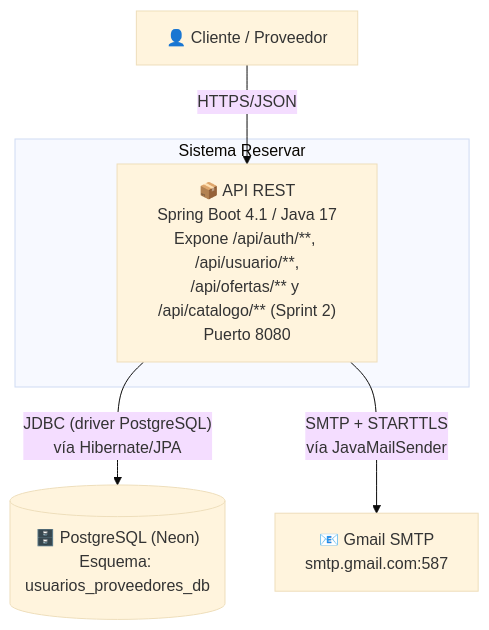
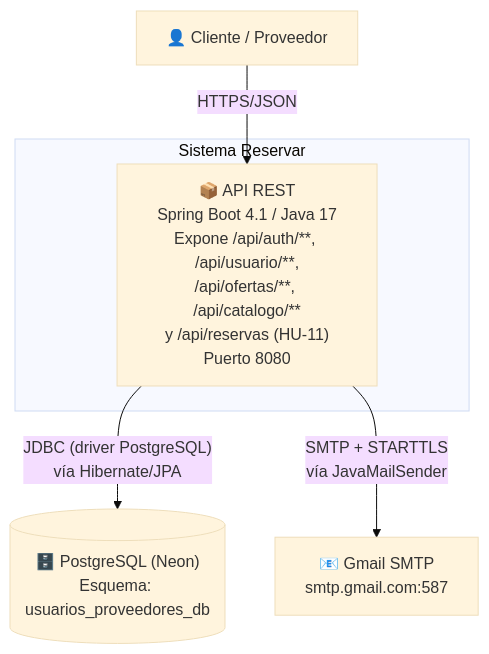
The second of 6 diagrams in README.md (FabricaEscuela20262-EAV09/FabricaEscuela202602_EAV09), drawn with Mermaid (base theme) before and after one commit. The commit also changed other lines of this file, not shown here.

````diff
--- a/README.md
+++ b/README.md
@@ -77,15 +82,15 @@
 ```mermaid
 graph TD
     Cliente["👤 Cliente / Proveedor"]
- 
+
     subgraph SistemaReservar["Sistema Reservar"]
-        API["📦 API REST<br/>Spring Boot 4.1 / Java 17<br/>Expone /api/auth/**, /api/usuario/**,<br/>/api/ofertas/** y /api/catalogo/** (Sprint 2)<br/>Puerto 8080"]
+        API["📦 API REST<br/>Spring Boot 4.1 / Java 17<br/>Expone /api/auth/**, /api/usuario/**,<br/>/api/ofertas/**, /api/catalogo/**<br/>y /api/reservas (HU-11)<br/>Puerto 8080"]
     end
- 
+
     BD[("🗄️ PostgreSQL (Neon)<br/>Esquema: usuarios_proveedores_db")]
     Correo["📧 Gmail SMTP<br/>smtp.gmail.com:587"]
- 
+
     Cliente -->|"HTTPS/JSON"| API
     API -->|"JDBC (driver PostgreSQL)<br/>vía Hibernate/JPA"| BD
     API -->|"SMTP + STARTTLS<br/>vía JavaMailSender"| Correo
 ```
````
